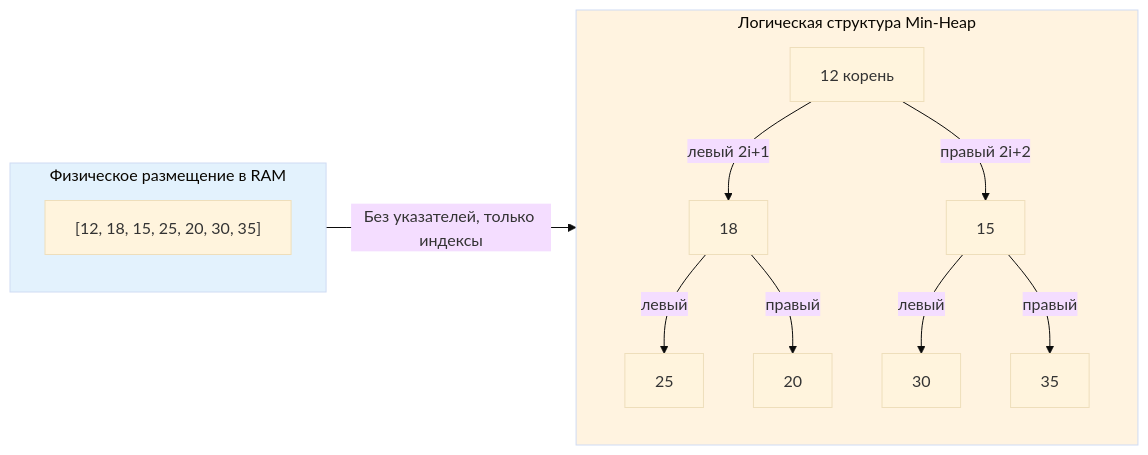
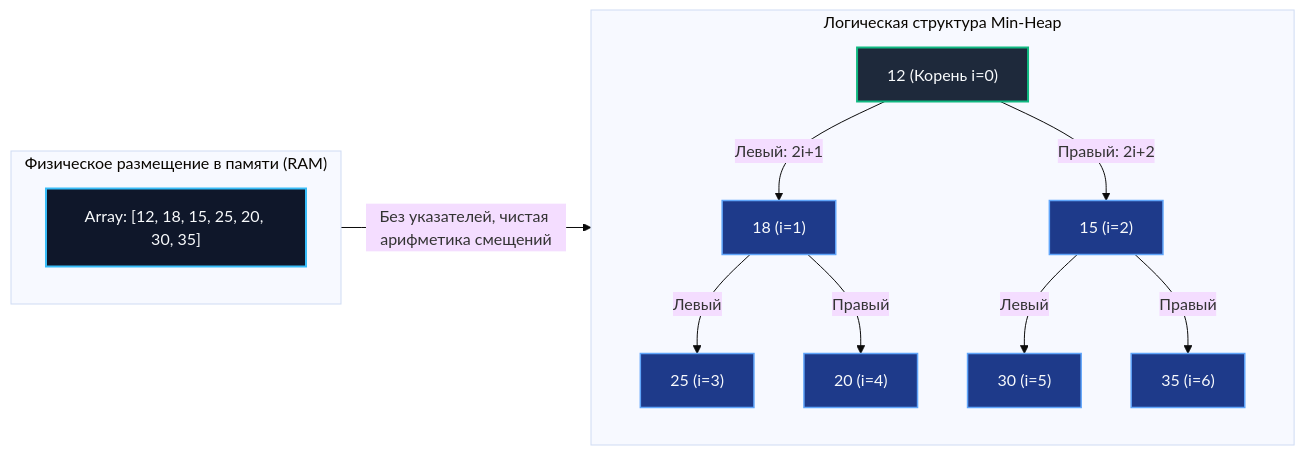
The first of 2 diagrams in sources/20. Алгоритмы и структуры данных (DSA) на Go/06. Кучи и приоритетные очереди/2. Бинарная куча.md (UnrealTemplier/go-textbook), drawn with Mermaid (base theme) before and after one commit. The commit also changed other lines of this file, not shown here.

Commit message:
feat(module-20): editorial rewrite of 06.2 Binary heap in Kernighan style

````diff
--- a/sources/20. Алгоритмы и структуры данных (DSA) на Go/06. Кучи и приоритетные очереди/2. Бинарная куча.md
+++ b/sources/20. Алгоритмы и структуры данных (DSA) на Go/06. Кучи и приоритетные очереди/2. Бинарная куча.md
@@ -18,20 +20,27 @@
 ```mermaid
 flowchart LR
-    subgraph Memory["Физическое размещение в RAM"]
-        Arr["[12, 18, 15, 25, 20, 30, 35]"]
+    subgraph MemoryView["Физическое размещение в памяти (RAM)"]
+        Arr["Array: [12, 18, 15, 25, 20, 30, 35]"]
     end
 
-    subgraph Logic["Логическая структура Min-Heap"]
-        R["12 корень"] -->|левый 2i+1| A["18"]
-        R -->|правый 2i+2| B["15"]
-        A -->|левый| C["25"]
-        A -->|правый| D["20"]
-        B -->|левый| E["30"]
-        B -->|правый| F["35"]
+    subgraph LogicView["Логическая структура Min-Heap"]
+        R["12 (Корень i=0)"] -->|"Левый: 2i+1"| A["18 (i=1)"]
+        R -->|"Правый: 2i+2"| B["15 (i=2)"]
+
+        A -->|"Левый"| C["25 (i=3)"]
+        A -->|"Правый"| D["20 (i=4)"]
+
+        B -->|"Левый"| E["30 (i=5)"]
+        B -->|"Правый"| F["35 (i=6)"]
     end
 
-    Memory -->|Без указателей, только индексы| Logic
-    
-    style Memory fill:#e3f2fd
-    style Logic fill:#fff3e0
+    MemoryView -->|"Без указателей, чистая арифметика смещений"| LogicView
+
+    classDef memBox fill:#0f172a,stroke:#38bdf8,stroke-width:2px,color:#f8fafc;
+    classDef rootBox fill:#1e293b,stroke:#10b981,stroke-width:2px,color:#f8fafc;
+    classDef childBox fill:#1e3a8a,stroke:#60a5fa,stroke-width:1.5px,color:#f8fafc;
+
+    class Arr memBox;
+    class R rootBox;
+    class A,B,C,D,E,F childBox;
 ```
````
